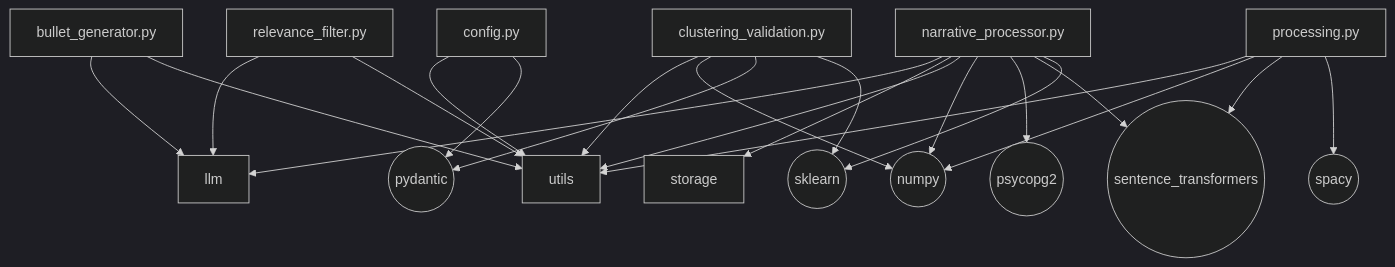
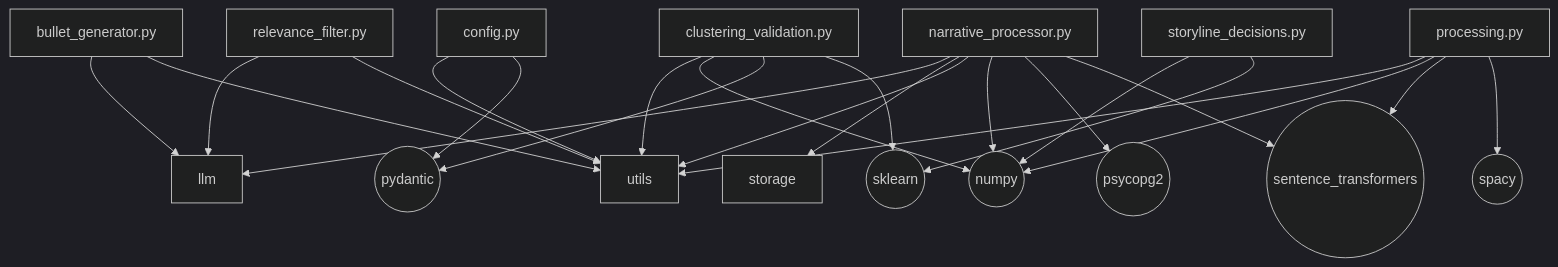
Before and after one commit to TommasoFazzi/MACROINTEL: the fourth of 6 diagrams in docs/generated/imports.md, drawn with Mermaid (dark theme).

Commit message:
docs(auto): update Python import graph [skip ci]

````diff
--- a/docs/generated/imports.md
+++ b/docs/generated/imports.md
@@ -199,37 +199,39 @@
 ```mermaid
 flowchart TD
     bullet_generator["bullet_generator.py"]
     clustering_validation["clustering_validation.py"]
     config["config.py"]
     narrative_processor["narrative_processor.py"]
     processing["processing.py"]
     relevance_filter["relevance_filter.py"]
+    storyline_decisions["storyline_decisions.py"]
     EXT_numpy(("numpy"))
     EXT_psycopg2(("psycopg2"))
     EXT_pydantic(("pydantic"))
     EXT_sentence_transformers(("sentence_transformers"))
     EXT_sklearn(("sklearn"))
     EXT_spacy(("spacy"))
 
     bullet_generator --> llm
     bullet_generator --> utils
     clustering_validation --> utils
     config --> utils
     narrative_processor --> llm
     narrative_processor --> storage
     narrative_processor --> utils
     processing --> utils
     relevance_filter --> llm
     relevance_filter --> utils
     clustering_validation --> EXT_numpy
     clustering_validation --> EXT_pydantic
     clustering_validation --> EXT_sklearn
     config --> EXT_pydantic
     narrative_processor --> EXT_numpy
     narrative_processor --> EXT_psycopg2
     narrative_processor --> EXT_sentence_transformers
-    narrative_processor --> EXT_sklearn
     processing --> EXT_numpy
     processing --> EXT_sentence_transformers
     processing --> EXT_spacy
+    storyline_decisions --> EXT_numpy
+    storyline_decisions --> EXT_sklearn
 ```
````
